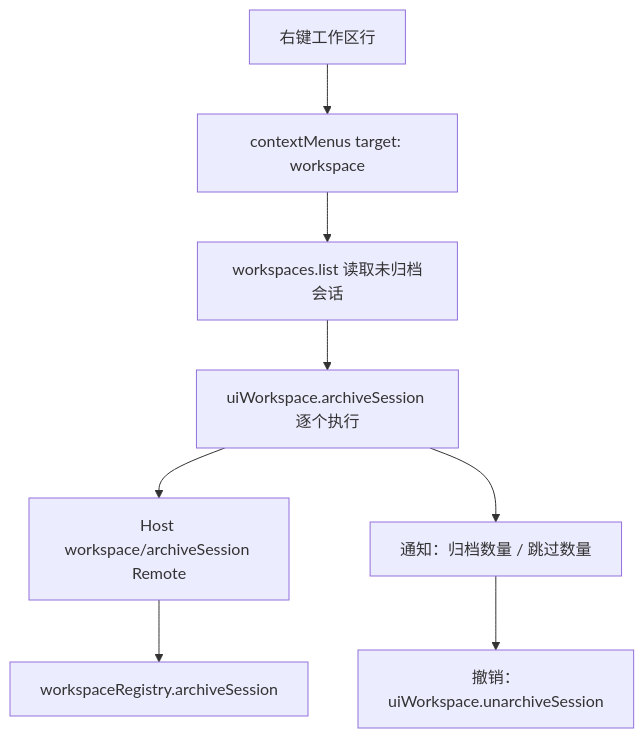
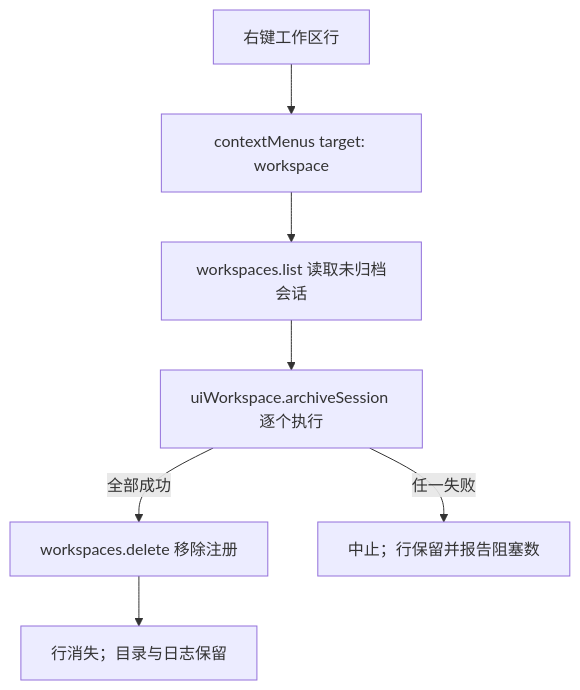
Before and after one commit to PandaBoby/dsh-workspace-archiver: the diagram in README.md, drawn with Mermaid. The commit also changed other lines of this file and 11 other files, not shown here.

Commit message:
feat!: archive and hide the workspace row

````diff
--- a/README.md
+++ b/README.md
@@ -128,10 +131,9 @@
 ```mermaid
 flowchart TD
   A[右键工作区行] --> B[contextMenus target: workspace]
   B --> C[workspaces.list 读取未归档会话]
   C --> D[uiWorkspace.archiveSession 逐个执行]
-  D --> E[Host workspace/archiveSession Remote]
-  E --> F[workspaceRegistry.archiveSession]
-  D --> G[通知：归档数量 / 跳过数量]
-  G --> H[撤销：uiWorkspace.unarchiveSession]
+  D -->|全部成功| E[workspaces.delete 移除注册]
+  E --> F[行消失；目录与日志保留]
+  D -->|任一失败| G[中止；行保留并报告阻塞数]
 ```
````
